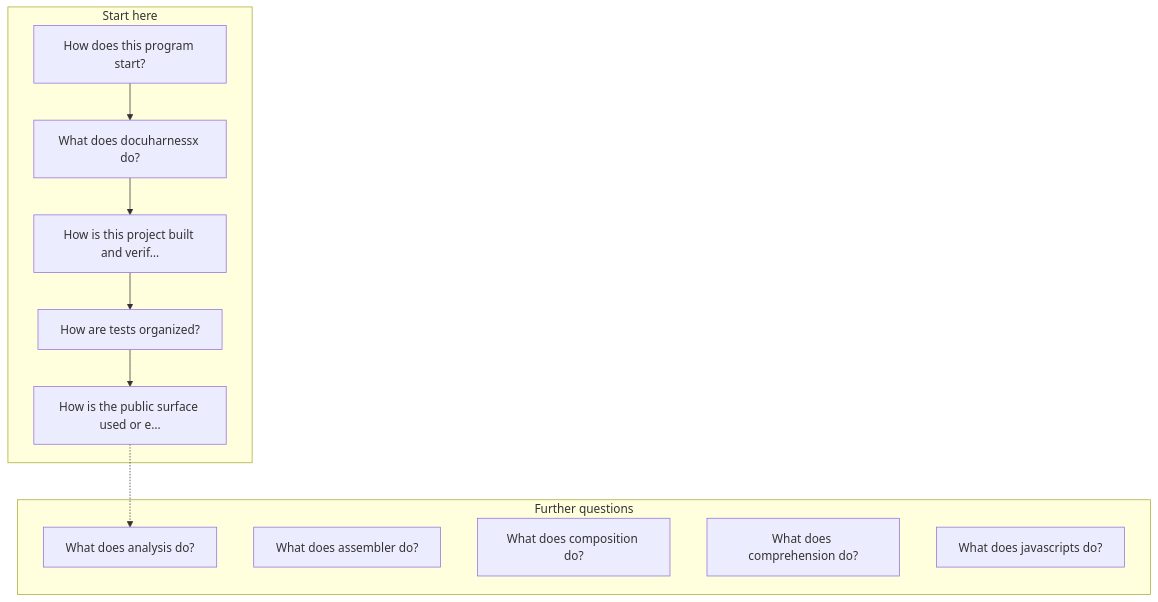
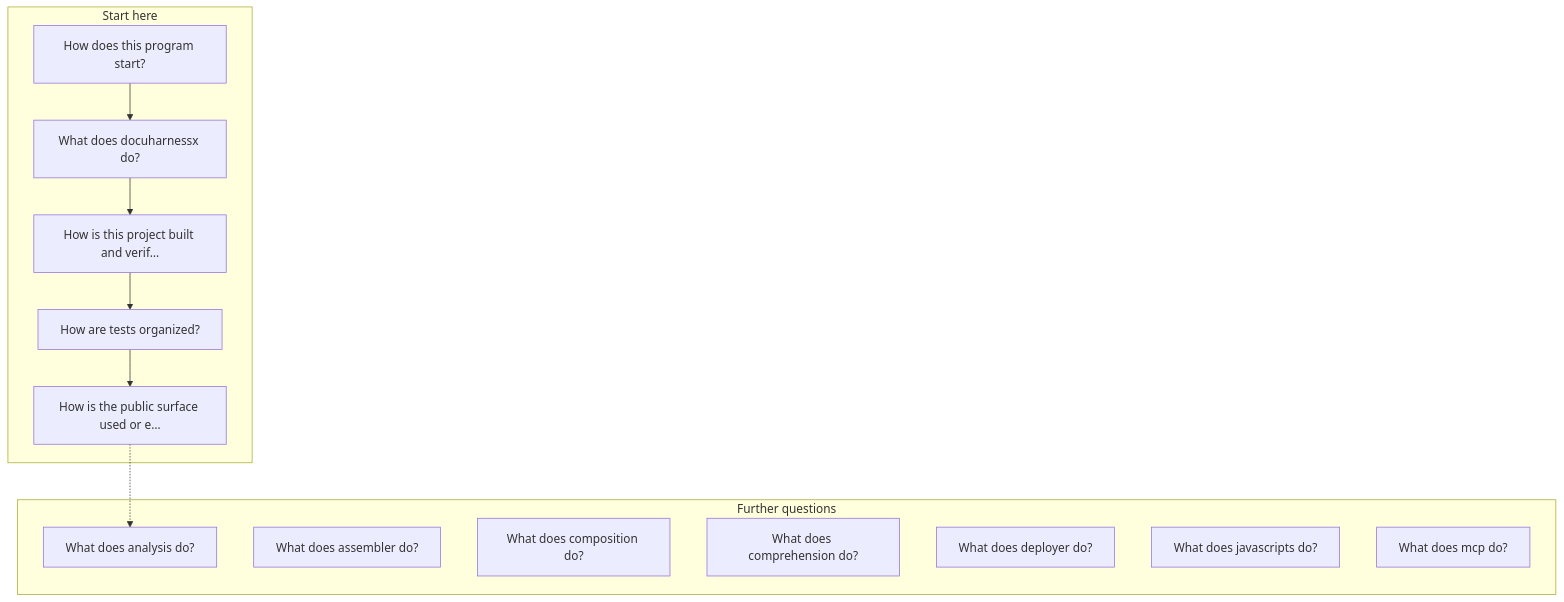
Before and after one commit to norandom/DocuHarnessX: the fifth of 9 diagrams in docs/index.md, drawn with Mermaid. The commit also changed other lines of this file and 9 other files, not shown here.

First line of the commit message:
fix(comprehension-visuals): mermaid palette that survives dark mode

````diff
--- a/docs/index.md
+++ b/docs/index.md
@@ -137,27 +139,29 @@
 ```mermaid
 flowchart TB
   subgraph start["Start here"]
     s0["How does this program start?"]
     s1["What does docuharnessx do?"]
     s2["How is this project built and verif…"]
     s3["How are tests organized?"]
     s4["How is the public surface used or e…"]
   end
   s0 --> s1
   s1 --> s2
   s2 --> s3
   s3 --> s4
   subgraph more["Further questions"]
     m0["What does analysis do?"]
     m1["What does assembler do?"]
     m2["What does composition do?"]
     m3["What does comprehension do?"]
-    m4["What does javascripts do?"]
+    m4["What does deployer do?"]
+    m5["What does javascripts do?"]
+    m6["What does mcp do?"]
   end
   s4 -.-> m0
-  classDef actor fill:#0F172A,stroke:#020617,color:#FFFFFF
-  classDef system fill:#1E3A8A,stroke:#1E3A8A,color:#FFFFFF
-  classDef container fill:#EEF2FF,stroke:#1E3A8A,color:#0F172A
-  classDef external fill:#F8FAFC,stroke:#64748B,color:#0F172A
-  classDef store fill:#E2E8F0,stroke:#334155,color:#0F172A
+  classDef person fill:#E8B923,stroke:#7A5100,color:#1A1300
+  classDef system fill:#3D7AEC,stroke:#1E4BB8,color:#FFFFFF
+  classDef container fill:#B9D4FE,stroke:#2F62C4,color:#0B1F4A
+  classDef external fill:#D5DCE6,stroke:#4A5568,color:#1A202C
+  classDef store fill:#7ED4C0,stroke:#0F766E,color:#042F2E
 ```
````
